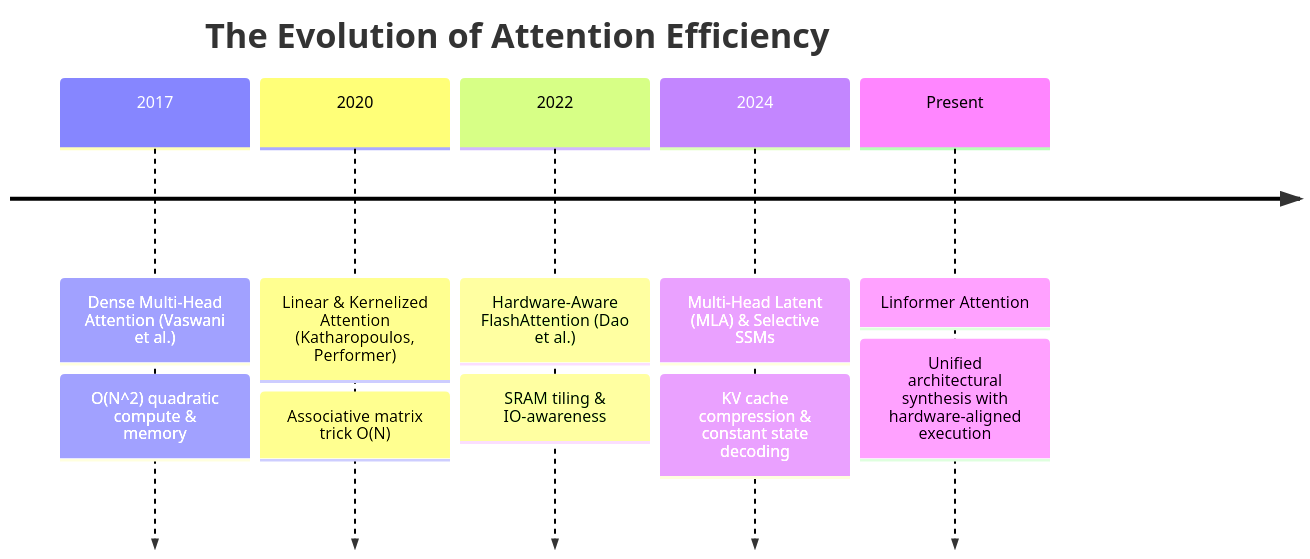
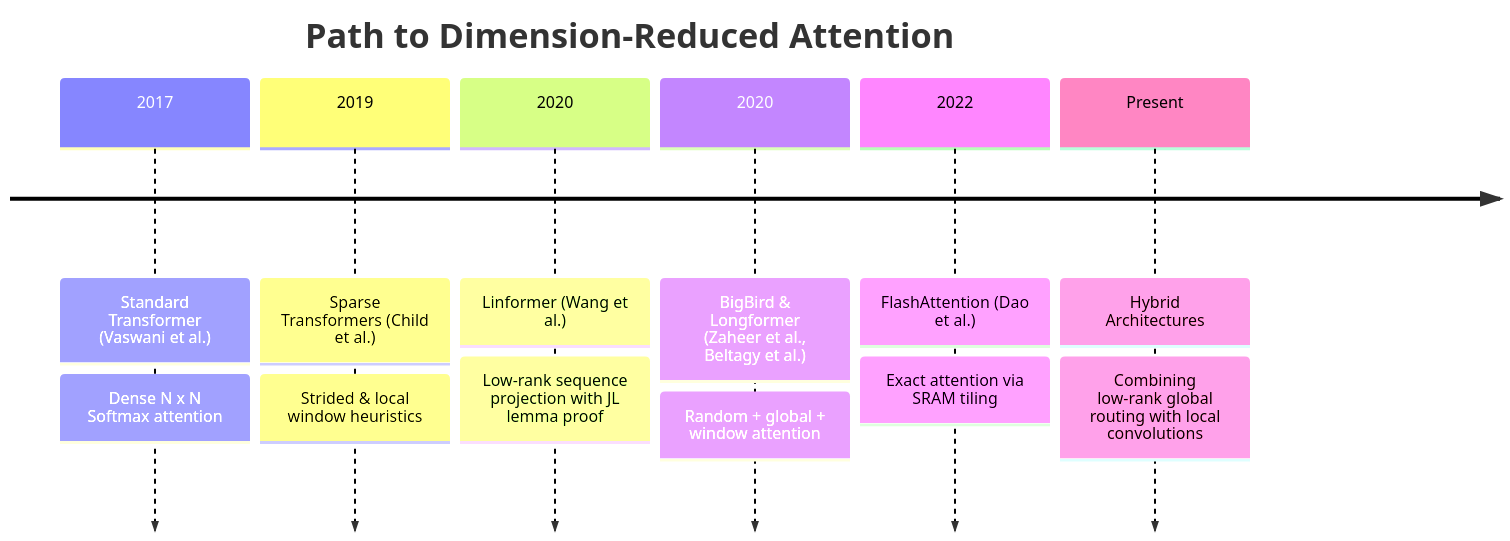
One commit to tahamajs/NeuralOps changed the first of 2 diagrams in Docs/content/attentions_blog/linformer_attention_blog.md. Above: the diagram before and after it, drawn with Mermaid. The commit also changed other lines of this file and 19 other files, not shown here.

````diff
--- a/Docs/content/attentions_blog/linformer_attention_blog.md
+++ b/Docs/content/attentions_blog/linformer_attention_blog.md
@@ -58,9 +82,10 @@
 ```mermaid
 timeline
-    title The Evolution of Attention Efficiency
-    2017 : Dense Multi-Head Attention (Vaswani et al.) : O(N^2) quadratic compute & memory
-    2020 : Linear & Kernelized Attention (Katharopoulos, Performer) : Associative matrix trick O(N)
-    2022 : Hardware-Aware FlashAttention (Dao et al.) : SRAM tiling & IO-awareness
-    2024 : Multi-Head Latent (MLA) & Selective SSMs : KV cache compression & constant state decoding
-    Present : Linformer Attention : Unified architectural synthesis with hardware-aligned execution
+    title Path to Dimension-Reduced Attention
+    2017 : Standard Transformer (Vaswani et al.) : Dense N x N Softmax attention
+    2019 : Sparse Transformers (Child et al.) : Strided & local window heuristics
+    2020 : Linformer (Wang et al.) : Low-rank sequence projection with JL lemma proof
+    2020 : BigBird & Longformer (Zaheer et al., Beltagy et al.) : Random + global + window attention
+    2022 : FlashAttention (Dao et al.) : Exact attention via SRAM tiling
+    Present : Hybrid Architectures : Combining low-rank global routing with local convolutions
 ```
````
